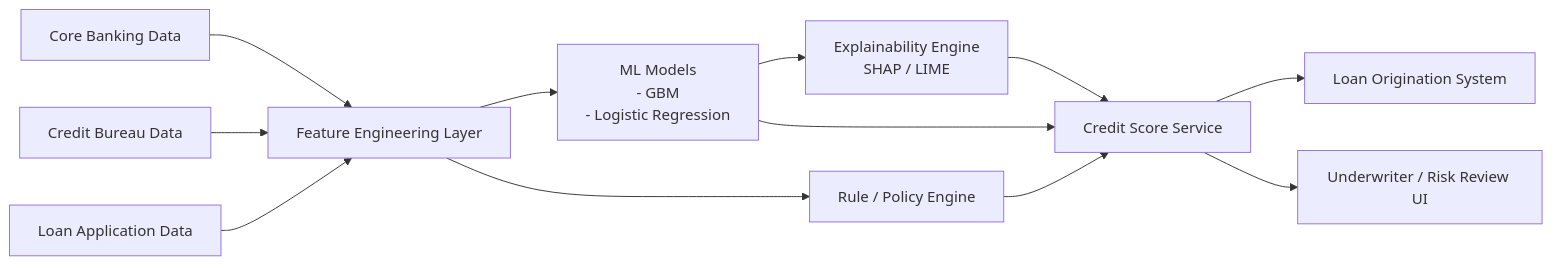
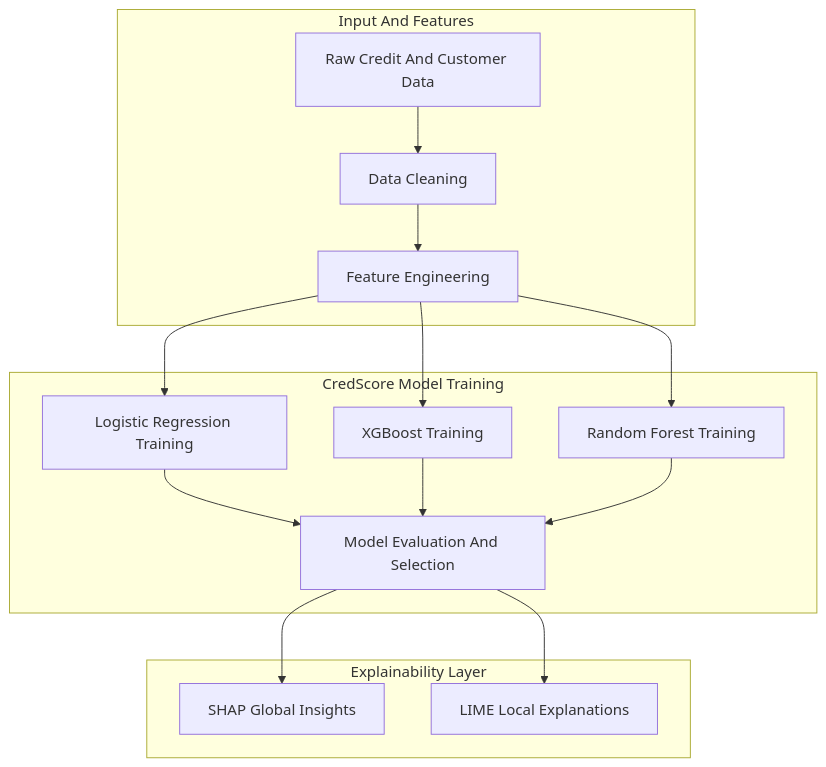
The first of 3 diagrams in diagrams/credscore-architecture.md (kishoredb/kishoredb-research), drawn with Mermaid before and after one commit. The commit also changed other lines of this file, not shown here.

````diff
--- a/diagrams/credscore-architecture.md
+++ b/diagrams/credscore-architecture.md
@@ -13,21 +50,33 @@
 ```mermaid
-flowchart LR
-    D1[Core Banking Data]
-    D2[Credit Bureau Data]
-    D3[Loan Application Data]
+flowchart TB
 
-    D1 --> FE[Feature Engineering Layer]
-    D2 --> FE
-    D3 --> FE
+    subgraph DATA [Input And Features]
+        D1[Raw Credit And Customer Data]
+        D2[Data Cleaning]
+        D3[Feature Engineering]
+    end
 
-    FE --> MODEL[ML Models<br/> - GBM<br/> - Logistic Regression]
-    MODEL --> EXPL[Explainability Engine<br/>SHAP / LIME]
-    FE --> RULES[Rule / Policy Engine]
+    subgraph MODEL [CredScore Model Training]
+        M1[Logistic Regression Training]
+        M2[XGBoost Training]
+        M3[Random Forest Training]
+        M4[Model Evaluation And Selection]
+    end
 
-    MODEL --> SCORE[Credit Score Service]
-    RULES --> SCORE
-    EXPL --> SCORE
+    subgraph EXPLAIN [Explainability Layer]
+        E1[SHAP Global Insights]
+        E2[LIME Local Explanations]
+    end
 
-    SCORE --> LOS[Loan Origination System]
-    SCORE --> REVIEW[Underwriter / Risk Review UI]
+    D1 --> D2 --> D3
+    D3 --> M1
+    D3 --> M2
+    D3 --> M3
+
+    M1 --> M4
+    M2 --> M4
+    M3 --> M4
+
+    M4 --> E1
+    M4 --> E2
 ```
````
